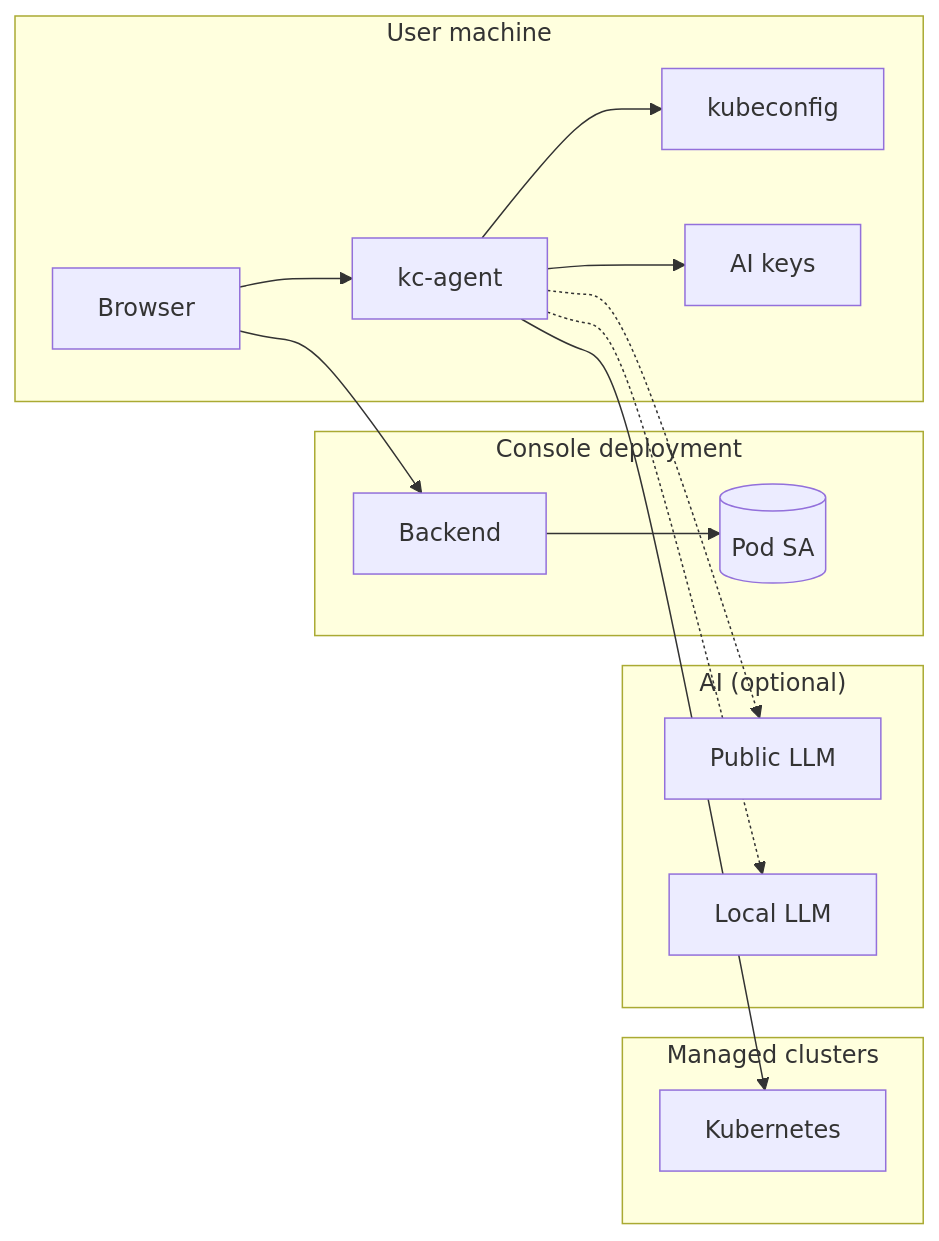
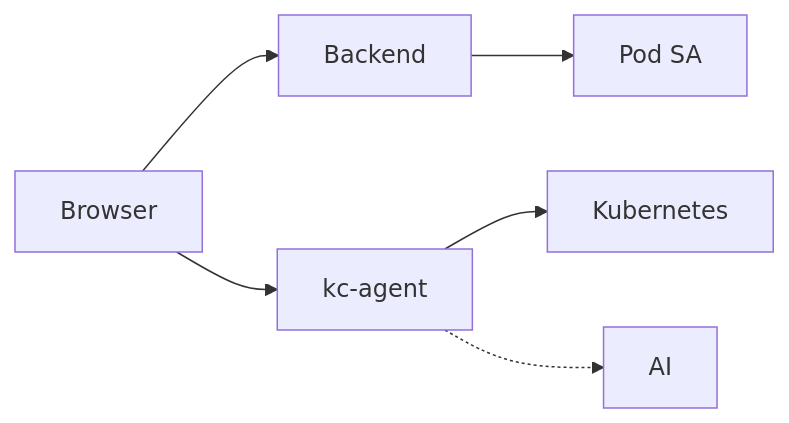
The first of 6 diagrams in docs/content/console/security-model.md (kubestellar/docs), drawn with Mermaid before and after one commit.

Commit message:
📖 docs(console): flatten component diagram to fix truncation

````diff
--- a/docs/content/console/security-model.md
+++ b/docs/content/console/security-model.md
@@ -29,32 +29,8 @@
 ```mermaid
 flowchart LR
-    subgraph User["User machine"]
-        B[Browser]
-        KA[kc-agent]
-        KC[kubeconfig]
-        CFG[AI keys]
-    end
-
-    subgraph Console["Console deployment"]
-        GB[Backend]
-        POD[(Pod SA)]
-    end
-
-    subgraph Clusters["Managed clusters"]
-        K8S[Kubernetes]
-    end
-
-    subgraph AI["AI (optional)"]
-        PUB[Public LLM]
-        LOCAL[Local LLM]
-    end
-
-    B --> GB
-    B --> KA
-    KA --> KC
-    KA --> CFG
-    KA --> K8S
-    KA -.-> PUB
-    KA -.-> LOCAL
-    GB --> POD
+    B[Browser] --> GB[Backend]
+    B --> KA[kc-agent]
+    KA --> K8S[Kubernetes]
+    KA -.-> AI[AI]
+    GB --> POD[Pod SA]
 ```
````
